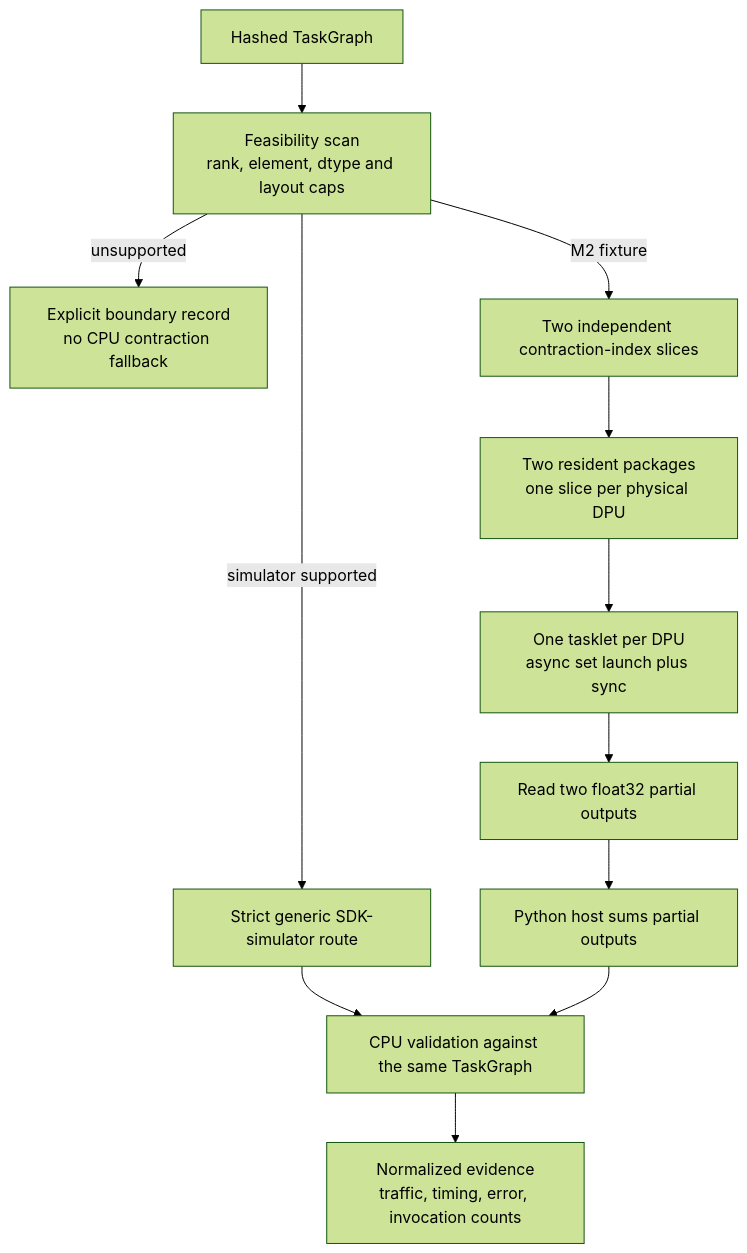
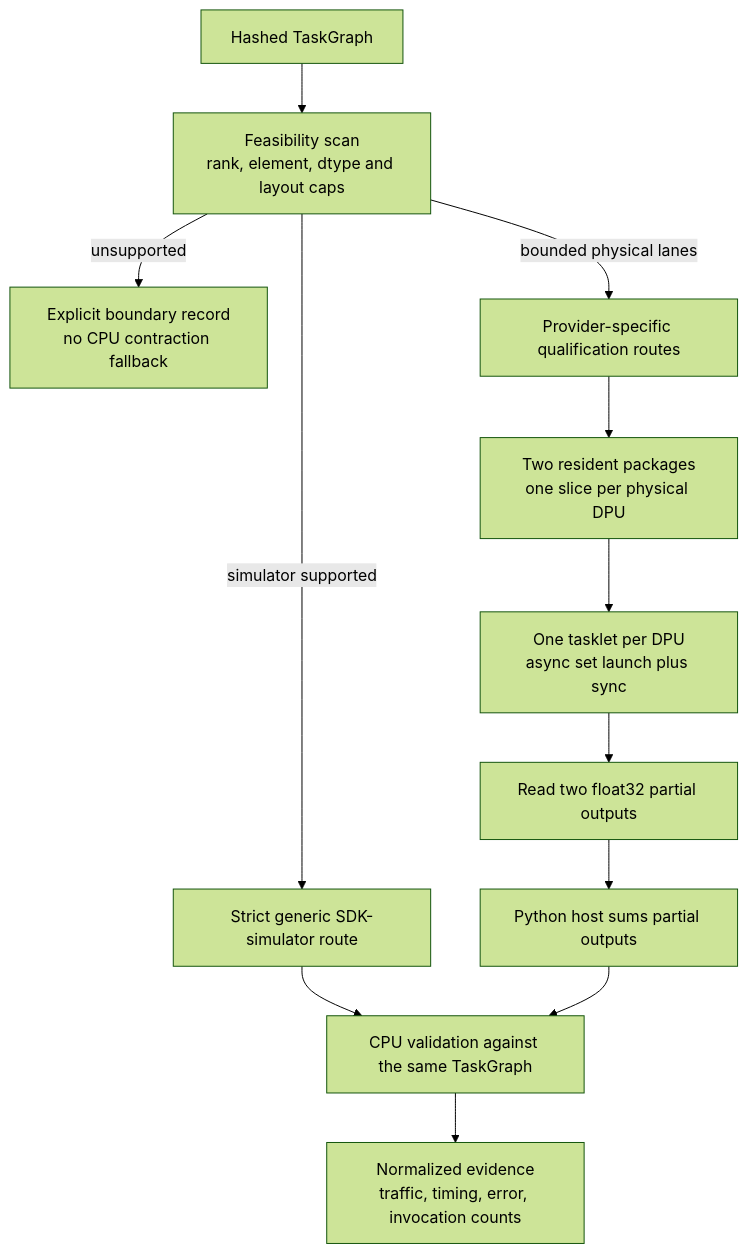
The third of 3 diagrams in thesis/implementation/ARCHITECTURE.md (kazulak/Masters), drawn with Mermaid (forest theme) before and after one commit. The commit also changed other lines of this file and 5 other files, not shown here.

Commit message:
[thesis] align UPMEM architecture status

````diff
--- a/thesis/implementation/ARCHITECTURE.md
+++ b/thesis/implementation/ARCHITECTURE.md
@@ -127,14 +127,14 @@
 ```mermaid
 flowchart TD
     G[Hashed TaskGraph] --> F[Feasibility scan<br/>rank, element, dtype and layout caps]
     F -->|unsupported| X[Explicit boundary record<br/>no CPU contraction fallback]
     F -->|simulator supported| S[Strict generic SDK-simulator route]
-    F -->|M2 fixture| H[Two independent contraction-index slices]
+    F -->|bounded physical lanes| H[Provider-specific qualification routes]
     H --> Q[Two resident packages<br/>one slice per physical DPU]
     Q --> D[One tasklet per DPU<br/>async set launch plus sync]
     D --> R[Read two float32 partial outputs]
     R --> P[Python host sums partial outputs]
     S --> V[CPU validation against the same TaskGraph]
     P --> V
     V --> E[Normalized evidence<br/>traffic, timing, error, invocation counts]
 ```
````
